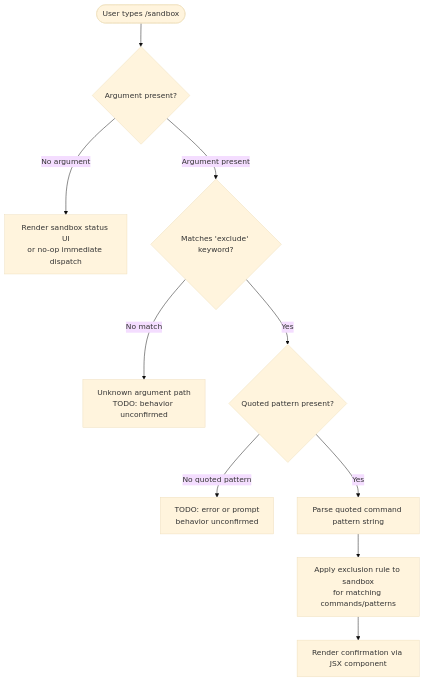
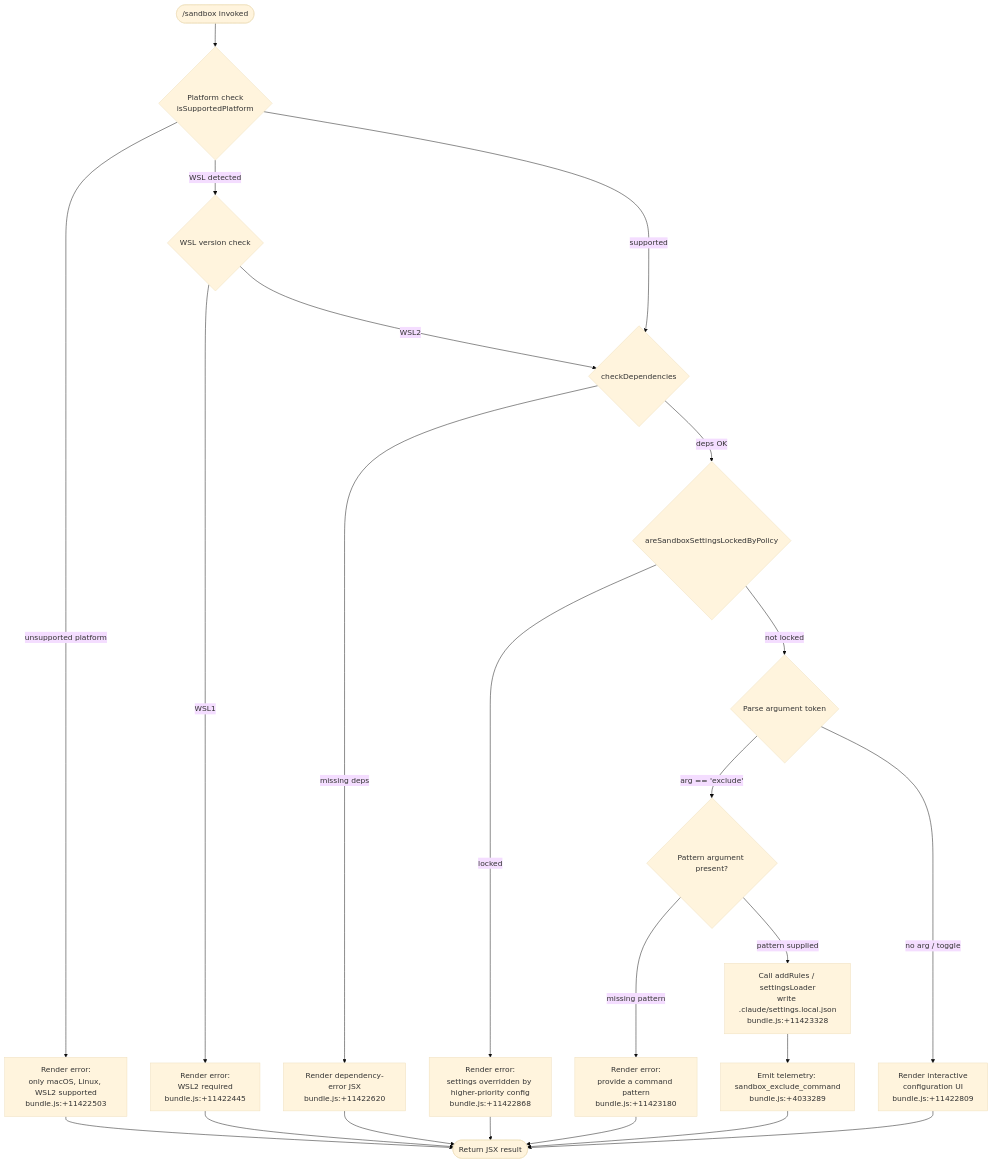
One commit to MyLittleLuckyDog/cc-gnothi changed the diagram in versions/v2.1.139/sandbox.md. Above: the diagram before and after it, drawn with Mermaid (base theme). The commit also changed other lines of this file and 97 other files, not shown here.

````diff
--- a/versions/v2.1.139/sandbox.md
+++ b/versions/v2.1.139/sandbox.md
@@ -53,12 +57,25 @@
 ```mermaid
 flowchart TD
-    A([User types /sandbox]) --> B{Argument present?}
-    B -- No argument --> C[Render sandbox status UI\nor no-op immediate dispatch]
-    B -- Argument present --> D{Matches 'exclude' keyword?}
-    D -- No match --> E[Unknown argument path\nTODO: behavior unconfirmed]
-    D -- Yes --> F{Quoted pattern present?}
-    F -- No quoted pattern --> G[TODO: error or prompt\nbehavior unconfirmed]
-    F -- Yes --> H[Parse quoted command pattern string]
-    H --> I[Apply exclusion rule to sandbox\nfor matching commands/patterns]
-    I --> J[Render confirmation via JSX component]
+    A(["/sandbox invoked"]) --> B{Platform check\nisSupportedPlatform}
+    B -- "unsupported platform" --> C["Render error:\nonly macOS, Linux, WSL2 supported\nbundle.js:+11422503"]
+    B -- "WSL detected" --> D{WSL version check}
+    D -- "WSL1" --> E["Render error:\nWSL2 required\nbundle.js:+11422445"]
+    D -- "WSL2" --> F{checkDependencies}
+    B -- "supported" --> F
+    F -- "missing deps" --> G["Render dependency-error JSX\nbundle.js:+11422620"]
+    F -- "deps OK" --> H{areSandboxSettingsLockedByPolicy}
+    H -- "locked" --> I["Render error:\nsettings overridden by higher-priority config\nbundle.js:+11422868"]
+    H -- "not locked" --> J{Parse argument token}
+    J -- "arg == 'exclude'" --> K{Pattern argument present?}
+    K -- "missing pattern" --> L["Render error:\nprovide a command pattern\nbundle.js:+11423180"]
+    K -- "pattern supplied" --> M["Call addRules / settingsLoader\nwrite .claude/settings.local.json\nbundle.js:+11423328"]
+    M --> N["Emit telemetry: sandbox_exclude_command\nbundle.js:+4033289"]
+    N --> O([Return JSX result])
+    J -- "no arg / toggle" --> P["Render interactive\nconfiguration UI\nbundle.js:+11422809"]
+    P --> O
+    L --> O
+    I --> O
+    E --> O
+    C --> O
+    G --> O
 ```
````
